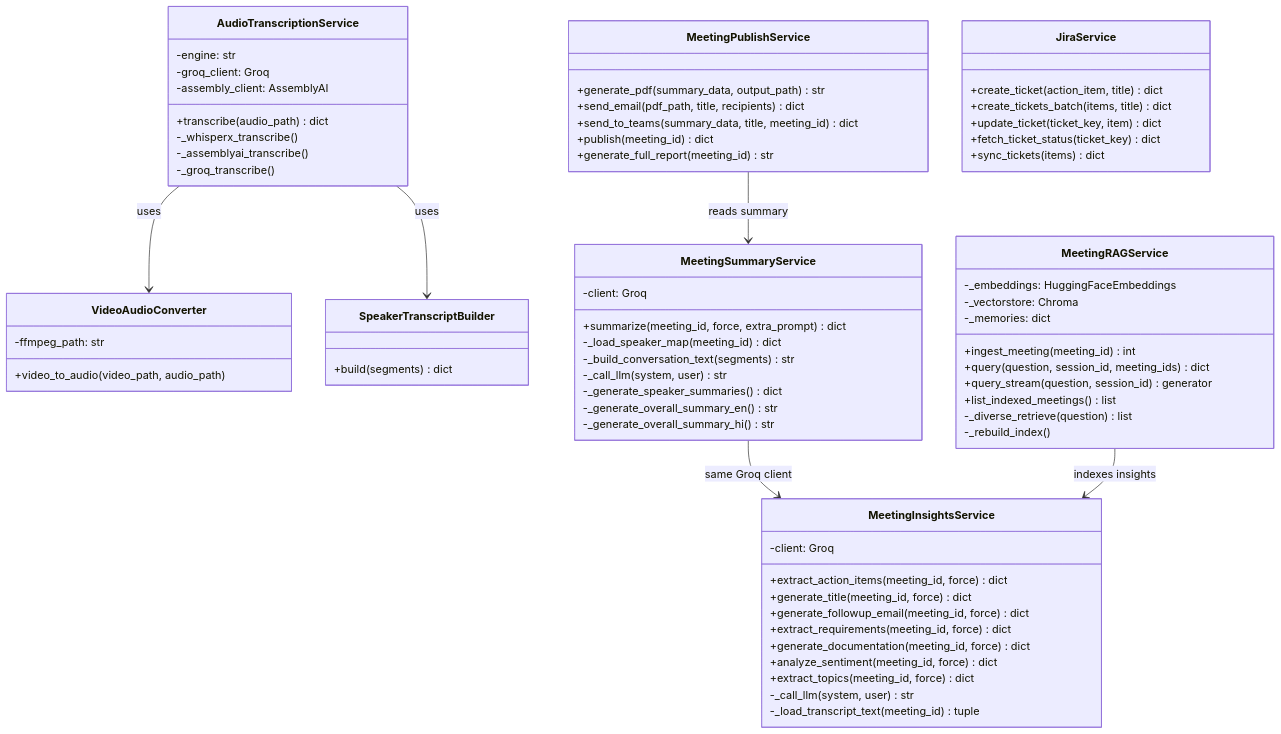
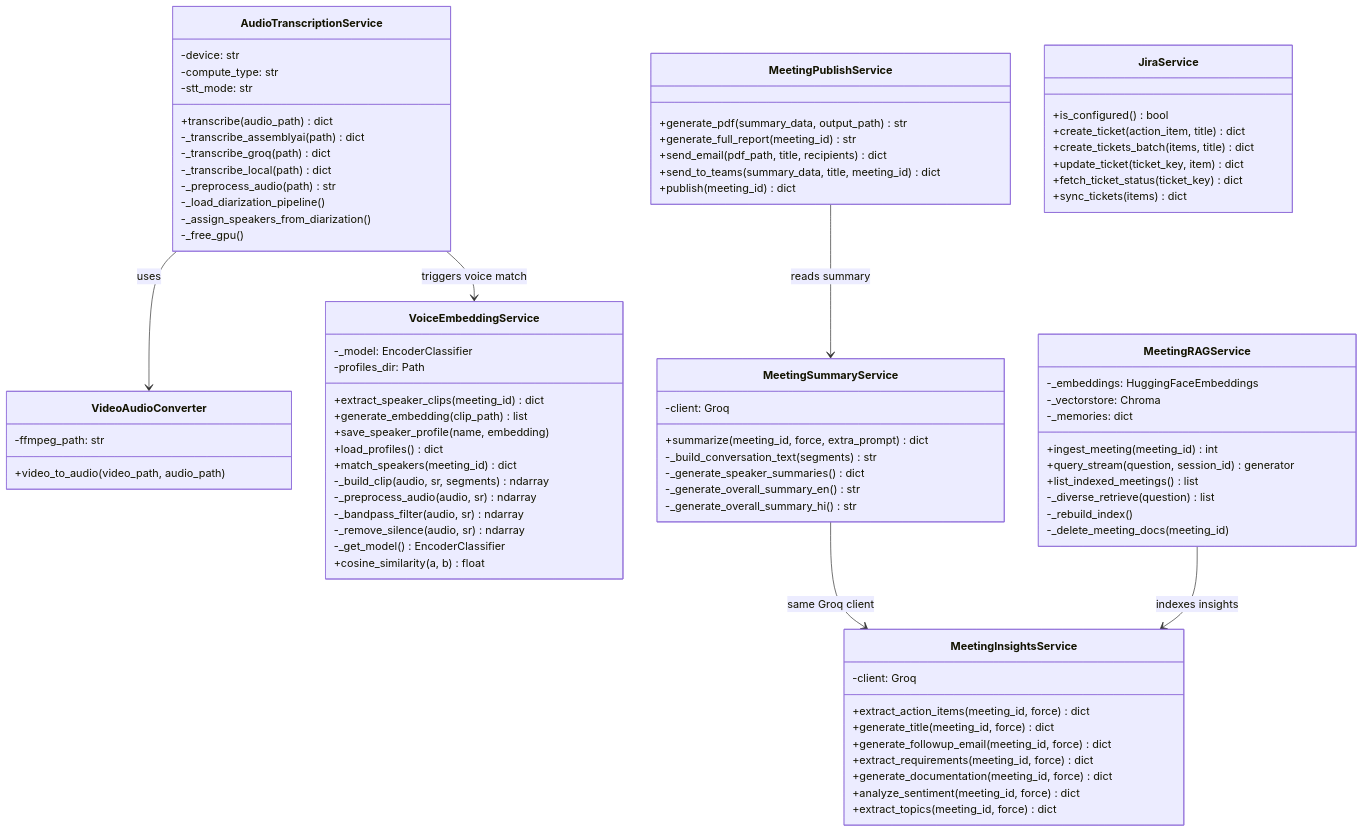
One commit to pawanuikey06/ContextIQ changed diagram 12 of 14 in docs/architecture.md. Above: the diagram before and after it, drawn with Mermaid. The commit also changed other lines of this file, not shown here.

Commit message:
architectures updated

```diff
--- a/docs/architecture.md
+++ b/docs/architecture.md
@@ -434,25 +550,39 @@
     }
 
     class AudioTranscriptionService {
-        -engine: str
-        -groq_client: Groq
-        -assembly_client: AssemblyAI
+        -device: str
+        -compute_type: str
+        -stt_mode: str
         +transcribe(audio_path) dict
-        -_whisperx_transcribe()
-        -_assemblyai_transcribe()
-        -_groq_transcribe()
+        -_transcribe_assemblyai(path) dict
+        -_transcribe_groq(path) dict
+        -_transcribe_local(path) dict
+        -_preprocess_audio(path) str
+        -_load_diarization_pipeline()
+        -_assign_speakers_from_diarization()
+        -_free_gpu()
     }
 
-    class SpeakerTranscriptBuilder {
-        +build(segments) dict
+    class VoiceEmbeddingService {
+        -_model: EncoderClassifier
+        -profiles_dir: Path
+        +extract_speaker_clips(meeting_id) dict
+        +generate_embedding(clip_path) list
+        +save_speaker_profile(name, embedding)
+        +load_profiles() dict
+        +match_speakers(meeting_id) dict
+        -_build_clip(audio, sr, segments) ndarray
+        -_preprocess_audio(audio, sr) ndarray
+        -_bandpass_filter(audio, sr) ndarray
+        -_remove_silence(audio, sr) ndarray
+        -_get_model() EncoderClassifier
+        +cosine_similarity(a, b) float
     }
 
     class MeetingSummaryService {
         -client: Groq
         +summarize(meeting_id, force, extra_prompt) dict
-        -_load_speaker_map(meeting_id) dict
         -_build_conversation_text(segments) str
-        -_call_llm(system, user) str
         -_generate_speaker_summaries() dict
         -_generate_overall_summary_en() str
         -_generate_overall_summary_hi() str
@@ -467,8 +597,6 @@
         +generate_documentation(meeting_id, force) dict
         +analyze_sentiment(meeting_id, force) dict
         +extract_topics(meeting_id, force) dict
-        -_call_llm(system, user) str
-        -_load_transcript_text(meeting_id) tuple
     }
 
     class MeetingRAGService {
@@ -476,22 +604,23 @@
         -_vectorstore: Chroma
         -_memories: dict
         +ingest_meeting(meeting_id) int
-        +query(question, session_id, meeting_ids) dict
         +query_stream(question, session_id) generator
         +list_indexed_meetings() list
         -_diverse_retrieve(question) list
         -_rebuild_index()
+        -_delete_meeting_docs(meeting_id)
     }
 
     class MeetingPublishService {
         +generate_pdf(summary_data, output_path) str
+        +generate_full_report(meeting_id) str
         +send_email(pdf_path, title, recipients) dict
         +send_to_teams(summary_data, title, meeting_id) dict
         +publish(meeting_id) dict
-        +generate_full_report(meeting_id) str
     }
 
     class JiraService {
+        +is_configured() bool
         +create_ticket(action_item, title) dict
         +create_tickets_batch(items, title) dict
         +update_ticket(ticket_key, item) dict
@@ -500,7 +629,7 @@
     }
 
     AudioTranscriptionService --> VideoAudioConverter : uses
-    AudioTranscriptionService --> SpeakerTranscriptBuilder : uses
+    AudioTranscriptionService --> VoiceEmbeddingService : triggers voice match
     MeetingSummaryService --> MeetingInsightsService : same Groq client
     MeetingPublishService --> MeetingSummaryService : reads summary
     MeetingRAGService --> MeetingInsightsService : indexes insights
```
